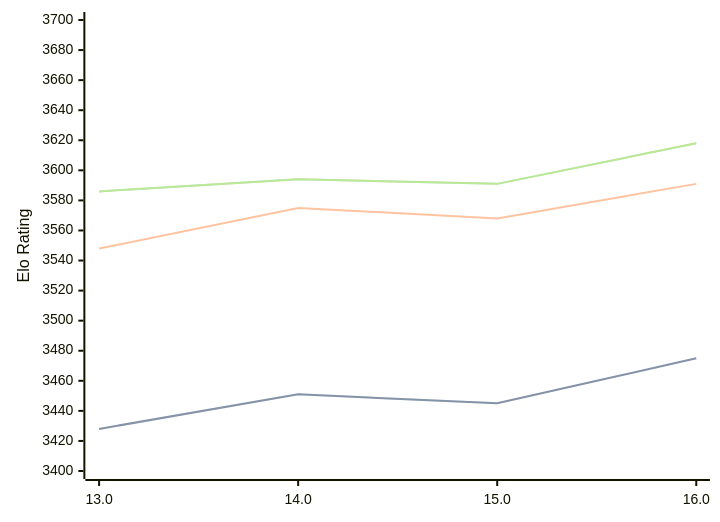
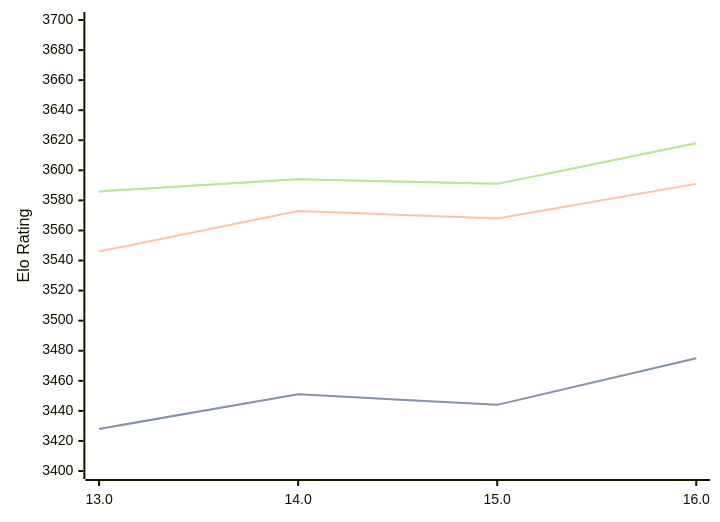
One commit to computer-chess-index/cci changed the diagram in engines/Obsidian.md. Above: the diagram before and after it, drawn with Mermaid. The commit also changed other lines of this file, not shown here.

````diff
--- a/engines/Obsidian.md
+++ b/engines/Obsidian.md
@@ -41,11 +41,11 @@
 ```mermaid
 %%{init: {"theme":"base","themeVariables":{"seriesColors:['#a3a3a3','#222221','#faa371']}}}%%
 xychart-beta
   x-axis ["13.0", "14.0", "15.0", "16.0"]
   y-axis "Elo Rating" 3400 --> 3700
-  line "STC (8.0+0.08s)" [3428, 3451, 3445, 3475]
-  line "STC (8.0+0.08s)" [3428, 3451, 3445, 3475]
-  line "LTC (60.0+0.60s)" [3548, 3575, 3568, 3591]
+  line "STC (8.0+0.08s)" [3428, 3451, 3444, 3475]
+  line "STC (8.0+0.08s)" [3428, 3451, 3444, 3475]
+  line "LTC (60.0+0.60s)" [3546, 3573, 3568, 3591]
   line "VLTC (2m24s+1.12s)" [3586, 3594, 3591, 3618]
   line "VLTC (2m24s+1.12s)" [3586, 3594, 3591, 3618]
 ```
````
